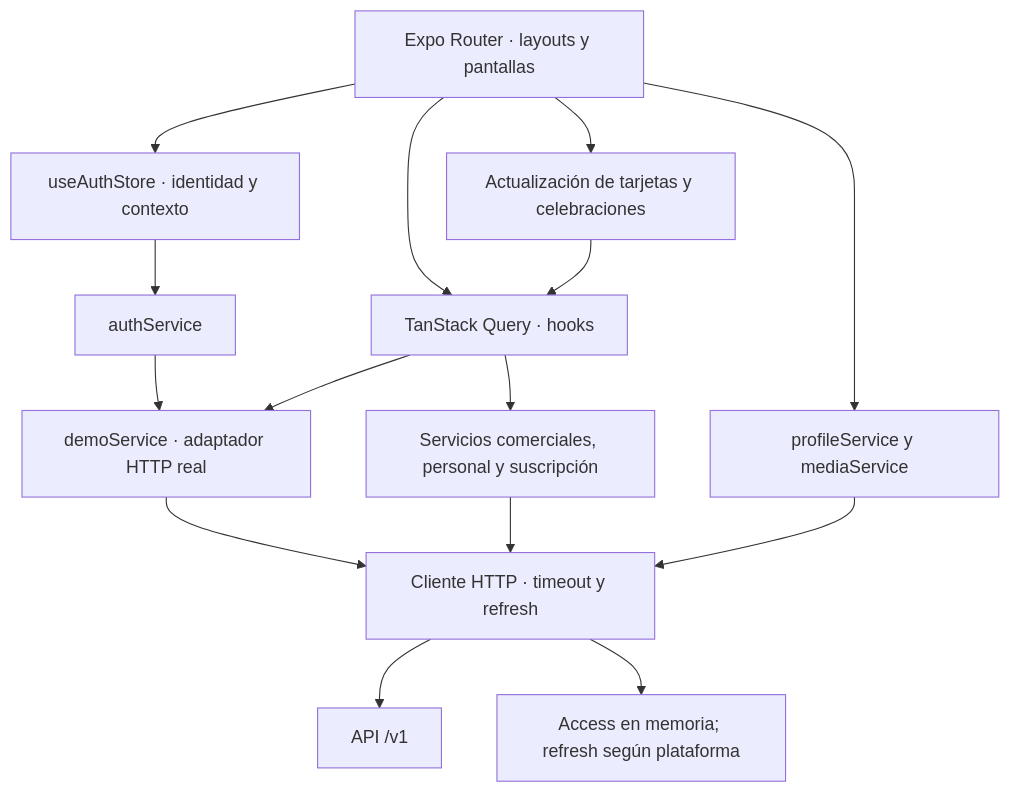
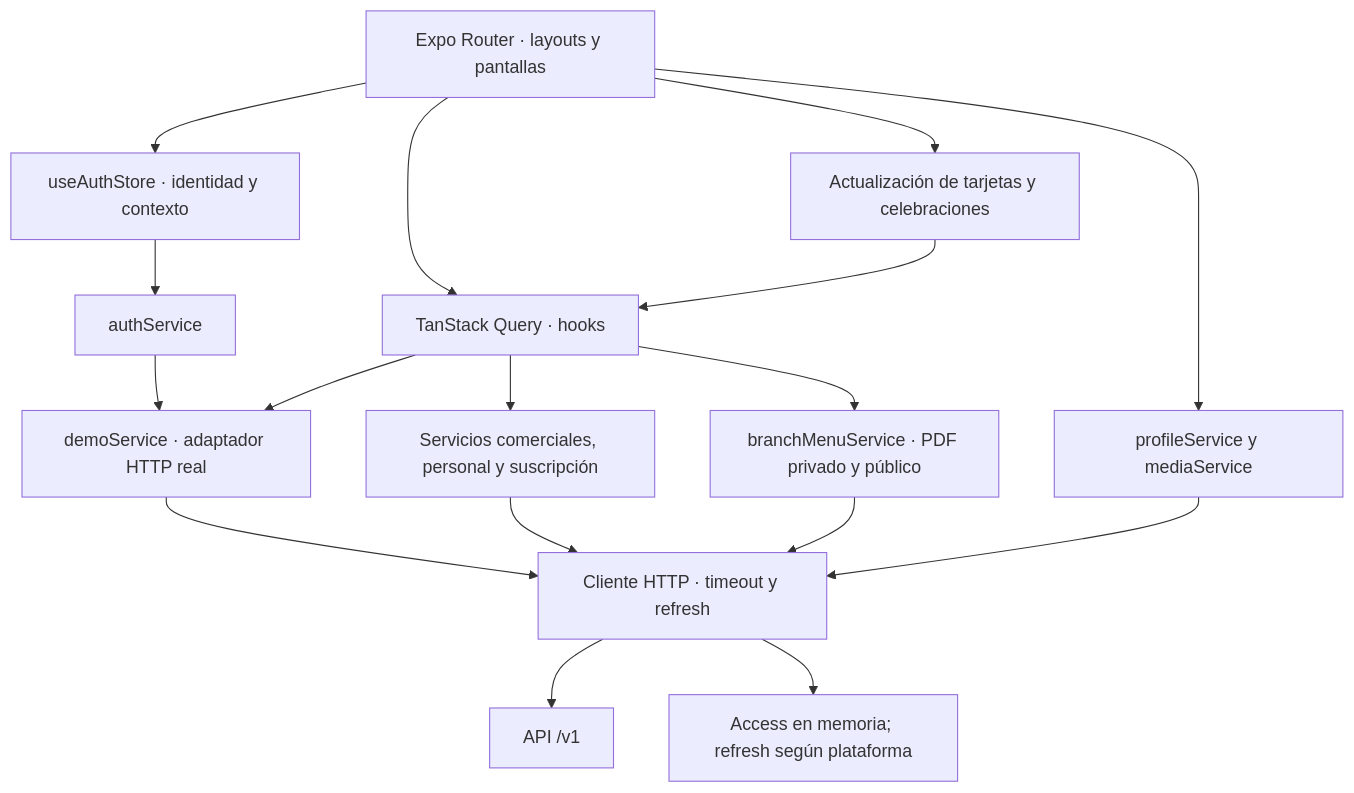
Before and after one commit to gagonzalez1/puntazo-docs: the diagram in docs/architecture/03-frontend-components.md, drawn with Mermaid. The commit also changed other lines of this file and 16 other files, not shown here.

Commit message:
docs: document verified PDF menu V1 in testing

````diff
--- a/docs/architecture/03-frontend-components.md
+++ b/docs/architecture/03-frontend-components.md
@@ -19,17 +19,19 @@
 ```mermaid
 flowchart TD
  R[Expo Router · layouts y pantallas] --> AUTH[useAuthStore · identidad y contexto]
  AUTH --> AS[authService]
  AS --> DS[demoService · adaptador HTTP real]
  R --> Q[TanStack Query · hooks]
  Q --> DS
  Q --> MS[Servicios comerciales, personal y suscripción]
+ Q --> MENU[branchMenuService · PDF privado y público]
  R --> PS[profileService y mediaService]
  R --> EV[Actualización de tarjetas y celebraciones]
  EV --> Q
  DS --> HTTP[Cliente HTTP · timeout y refresh]
  MS --> HTTP
+ MENU --> HTTP
  PS --> HTTP
  HTTP --> API[API /v1]
  HTTP --> TS[Access en memoria; refresh según plataforma]
 ```
````
